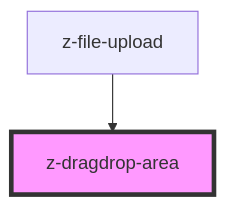
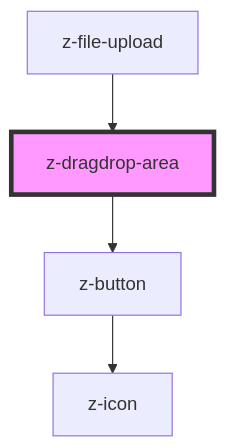
One commit to ZanichelliEditore/design-system changed the diagram in src/components/file-upload/z-dragdrop-area/readme.md. Above: the diagram before and after it, drawn with Mermaid. The commit also changed other lines of this file and 13 other files, not shown here.

````diff
--- a/src/components/file-upload/z-dragdrop-area/readme.md
+++ b/src/components/file-upload/z-dragdrop-area/readme.md
@@ -27,5 +31,7 @@
 ```mermaid
 graph TD;
+  z-dragdrop-area --> z-button
+  z-button --> z-icon
   z-file-upload --> z-dragdrop-area
   style z-dragdrop-area fill:#f9f,stroke:#333,stroke-width:4px
 ```
````
